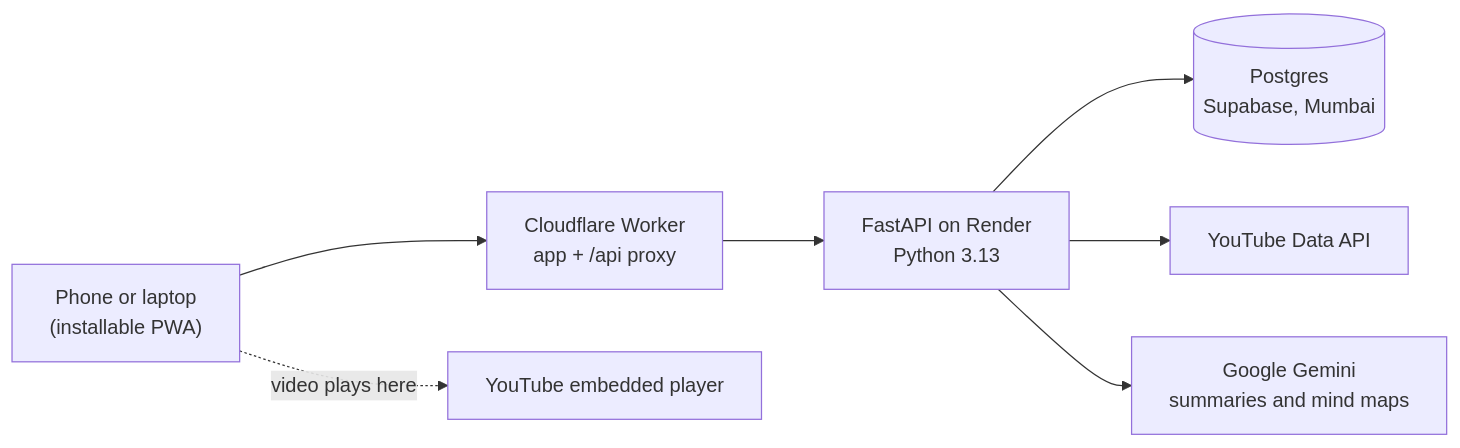
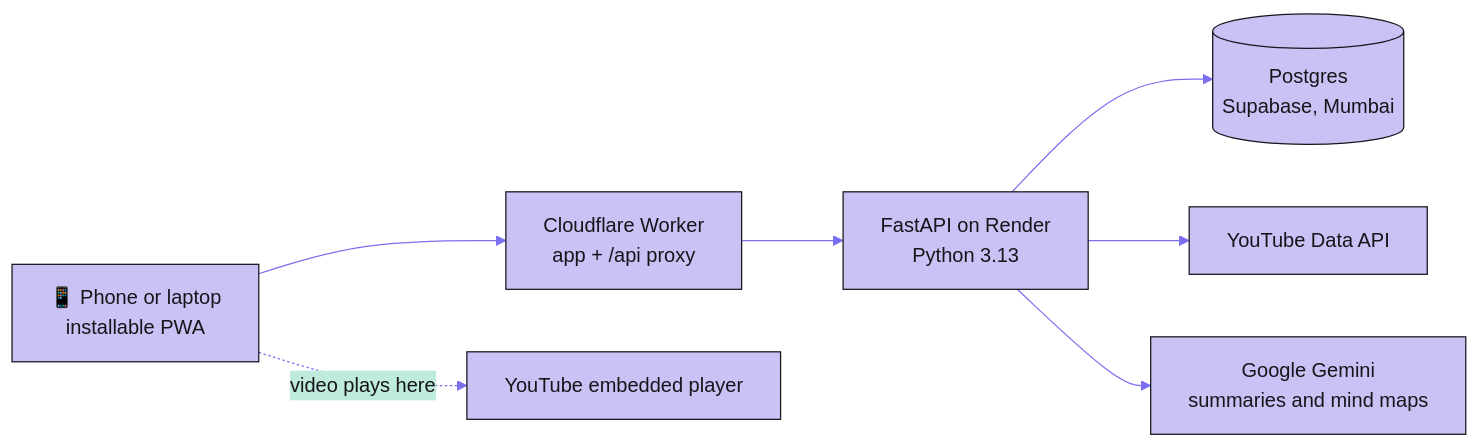
The diagram in README.md (yashasviyadav30/lumo), drawn with Mermaid before and after one commit. The commit also changed other lines of this file and 77 other files, not shown here.

````diff
--- a/README.md
+++ b/README.md
@@ -106,9 +158,10 @@
 ```mermaid
+%%{init: {'theme':'base','themeVariables':{'primaryColor':'#c9c3f5','primaryTextColor':'#16151a','primaryBorderColor':'#16151a','lineColor':'#7b6ff0','secondaryColor':'#bfebdd','tertiaryColor':'#fbe38e','fontFamily':'Segoe UI, Helvetica, Arial, sans-serif'}}}%%
 flowchart LR
-  phone["Phone or laptop<br/>(installable PWA)"] --> worker["Cloudflare Worker<br/>app + /api proxy"]
+  phone["📱 Phone or laptop<br/>installable PWA"] --> worker["Cloudflare Worker<br/>app + /api proxy"]
   worker --> api["FastAPI on Render<br/>Python 3.13"]
   api --> db[("Postgres<br/>Supabase, Mumbai")]
   api --> yt["YouTube Data API"]
   api --> gemini["Google Gemini<br/>summaries and mind maps"]
   phone -. "video plays here" .-> embed["YouTube embedded player"]
 ```
````
